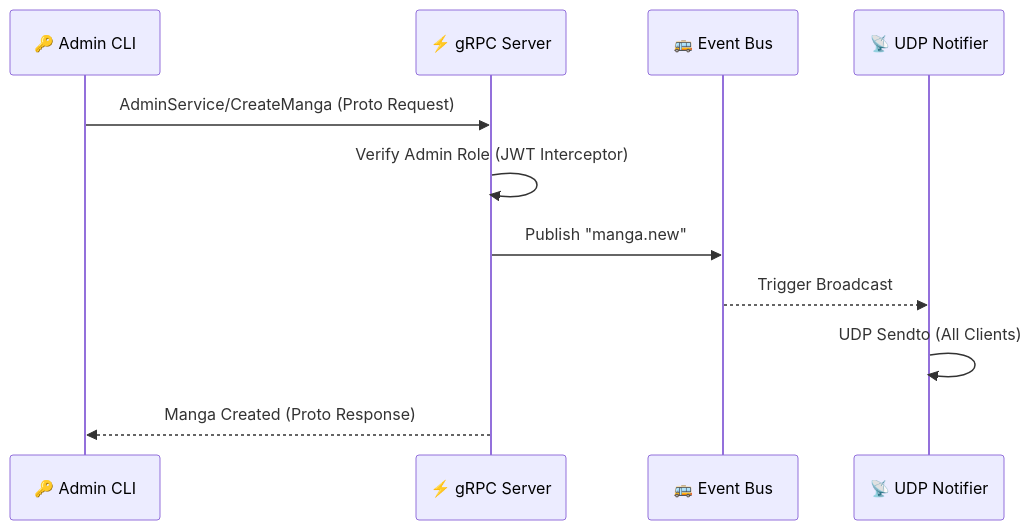
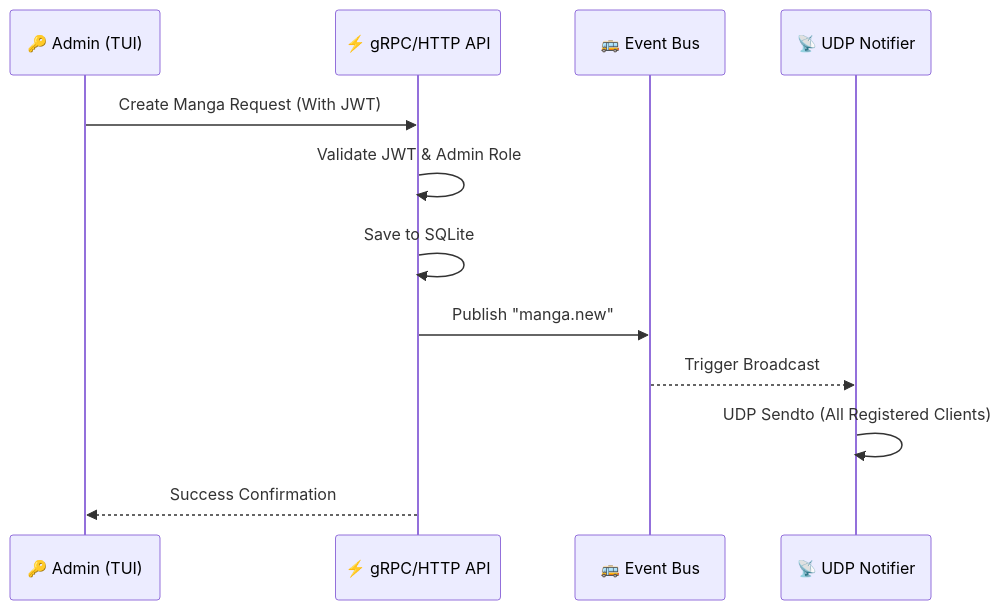
The second of 4 diagrams in API_CONTRACT.md (panadolextra91/ncp-mangahub), drawn with Mermaid before and after one commit. The commit also changed other lines of this file and 2 other files, not shown here.

Commit message:
update API

````diff
--- a/API_CONTRACT.md
+++ b/API_CONTRACT.md
@@ -33,14 +59,15 @@
 ```mermaid
 sequenceDiagram
-    participant Admin as 🔑 Admin CLI
-    participant GRPC as ⚡ gRPC Server
+    participant Admin as 🔑 Admin (TUI)
+    participant API as ⚡ gRPC/HTTP API
     participant Bus as 🚌 Event Bus
     participant UDP as 📡 UDP Notifier
 
-    Admin->>GRPC: AdminService/CreateManga (Proto Request)
-    GRPC->>GRPC: Verify Admin Role (JWT Interceptor)
-    GRPC->>Bus: Publish "manga.new"
+    Admin->>API: Create Manga Request (With JWT)
+    API->>API: Validate JWT & Admin Role
+    API->>API: Save to SQLite
+    API->>Bus: Publish "manga.new"
     Bus-->>UDP: Trigger Broadcast
-    UDP->>UDP: UDP Sendto (All Clients)
-    GRPC-->>Admin: Manga Created (Proto Response)
+    UDP->>UDP: UDP Sendto (All Registered Clients)
+    API-->>Admin: Success Confirmation
 ```
````
